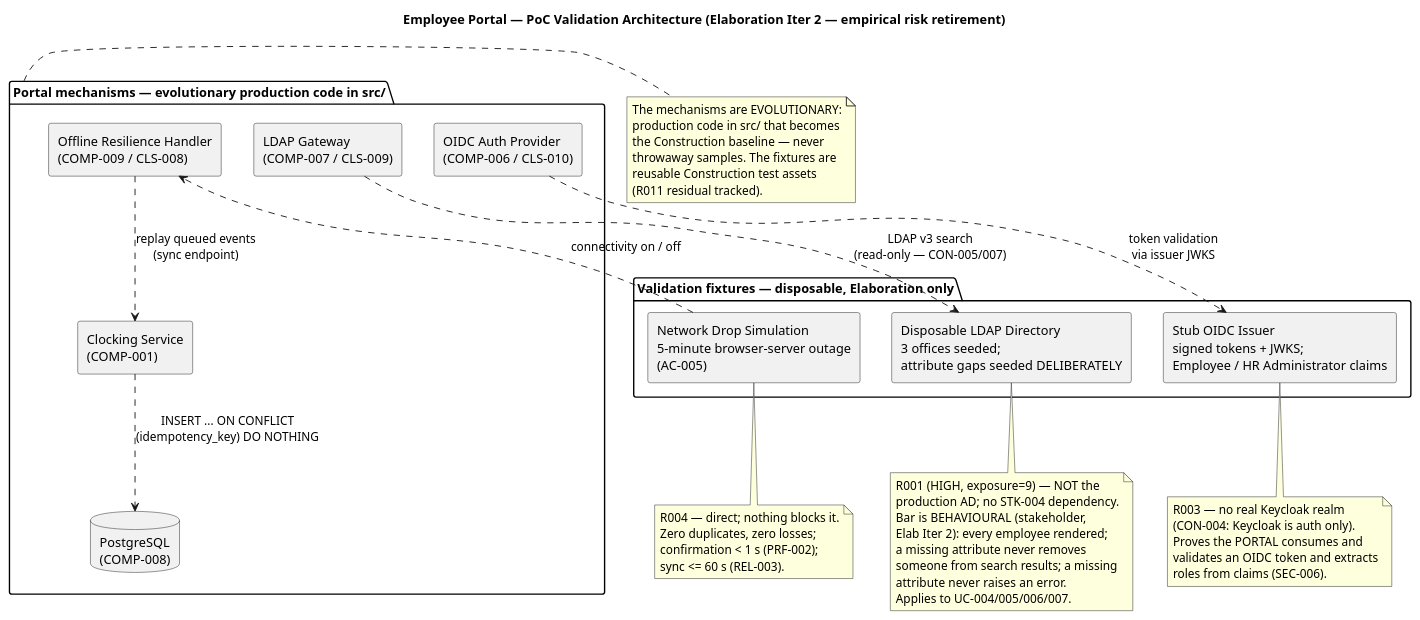
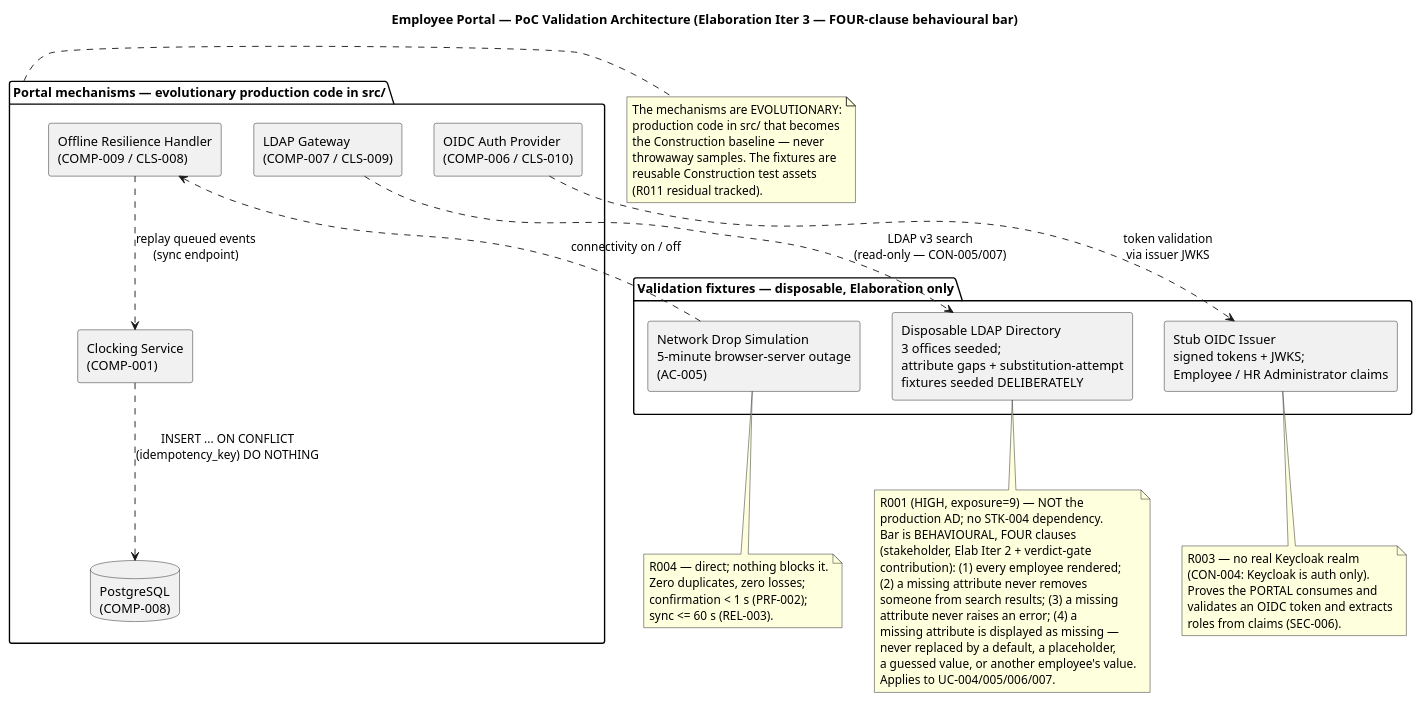
The first of 2 diagrams in docs/artifacts/analysis---design/architectural-proof-of-concept.md (banense-test/employee-portal), drawn with PlantUML before and after one commit. The commit also changed other lines of this file, not shown here.

First line of the commit message:
Software Architect [E3]: upsert Architectural Proof-of-Concept

````diff
--- a/docs/artifacts/analysis---design/architectural-proof-of-concept.md
+++ b/docs/artifacts/analysis---design/architectural-proof-of-concept.md
@@ -39,62 +39,66 @@
 ```plantuml
 @startuml
 skinparam componentStyle rectangle
 skinparam fontSize 11
-title Employee Portal — PoC Validation Architecture (Elaboration Iter 2 — empirical risk retirement)
+title Employee Portal — PoC Validation Architecture (Elaboration Iter 3 — FOUR-clause behavioural bar)
 
 package "Portal mechanisms — evolutionary production code in src/" as MECH {
   component "LDAP Gateway\n(COMP-007 / CLS-009)" as LDAPGW
   component "OIDC Auth Provider\n(COMP-006 / CLS-010)" as AUTH
   component "Offline Resilience Handler\n(COMP-009 / CLS-008)" as OFF
   component "Clocking Service\n(COMP-001)" as CLK
   database "PostgreSQL\n(COMP-008)" as PG
 }
 
 package "Validation fixtures — disposable, Elaboration only" as FIX {
-  component "Disposable LDAP Directory\n3 offices seeded;\nattribute gaps seeded DELIBERATELY" as DLDAP
+  component "Disposable LDAP Directory\n3 offices seeded;\nattribute gaps + substitution-attempt\nfixtures seeded DELIBERATELY" as DLDAP
   component "Stub OIDC Issuer\nsigned tokens + JWKS;\nEmployee / HR Administrator claims" as STUB
   component "Network Drop Simulation\n5-minute browser-server outage\n(AC-005)" as DROP
 }
 
 LDAPGW ..> DLDAP : LDAP v3 search\n(read-only — CON-005/007)
 AUTH ..> STUB : token validation\nvia issuer JWKS
 DROP ..> OFF : connectivity on / off
 OFF ..> CLK : replay queued events\n(sync endpoint)
 CLK ..> PG : INSERT ... ON CONFLICT\n(idempotency_key) DO NOTHING
 
 note bottom of DLDAP
   R001 (HIGH, exposure=9) — NOT the
   production AD; no STK-004 dependency.
-  Bar is BEHAVIOURAL (stakeholder,
-  Elab Iter 2): every employee rendered;
-  a missing attribute never removes
-  someone from search results; a missing
-  attribute never raises an error.
+  Bar is BEHAVIOURAL, FOUR clauses
+  (stakeholder, Elab Iter 2 + verdict-gate
+  contribution): (1) every employee rendered;
+  (2) a missing attribute never removes
+  someone from search results; (3) a missing
+  attribute never raises an error; (4) a
+  missing attribute is displayed as missing —
+  never replaced by a default, a placeholder,
+  a guessed value, or another employee's value.
   Applies to UC-004/005/006/007.
 end note
 
 note bottom of STUB
   R003 — no real Keycloak realm
   (CON-004: Keycloak is auth only).
   Proves the PORTAL consumes and
   validates an OIDC token and extracts
   roles from claims (SEC-006).
 end note
 
 note bottom of DROP
   R004 — direct; nothing blocks it.
   Zero duplicates, zero losses;
   confirmation < 1 s (PRF-002);
   sync <= 60 s (REL-003).
 end note
 
 note right of MECH
   The mechanisms are EVOLUTIONARY:
   production code in src/ that becomes
   the Construction baseline — never
   throwaway samples. The fixtures are
   reusable Construction test assets
   (R011 residual tracked).
 end note
 @enduml
 ```
````
